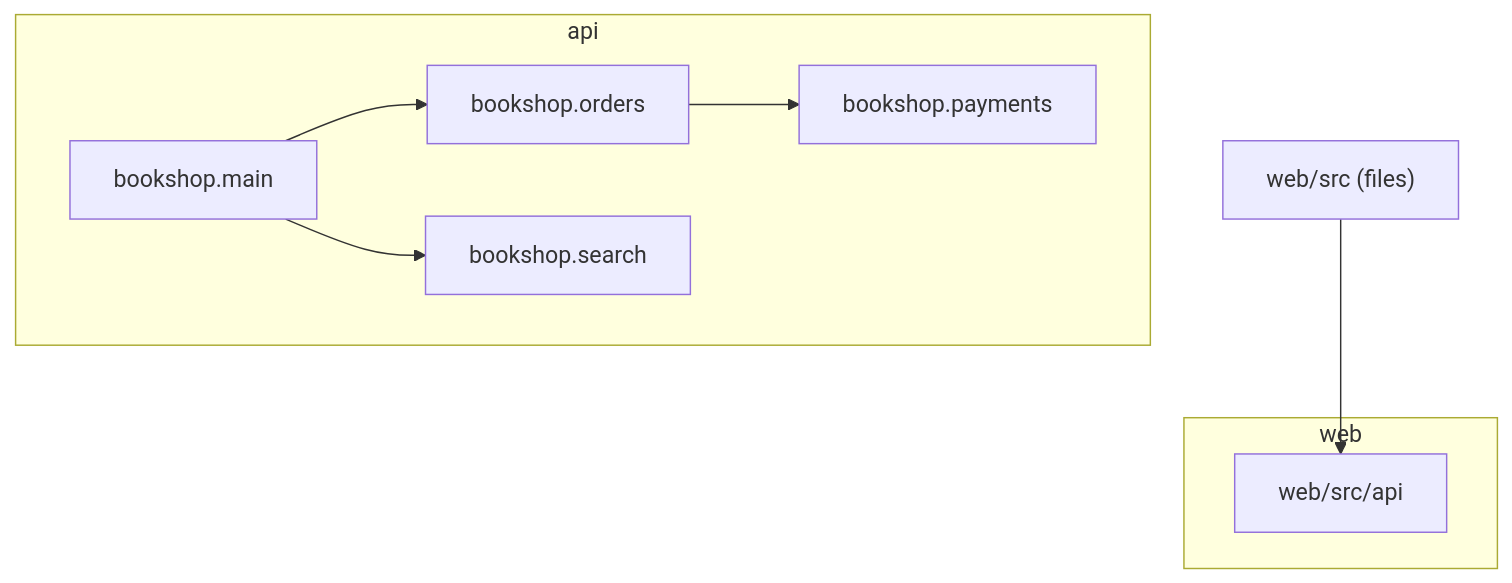
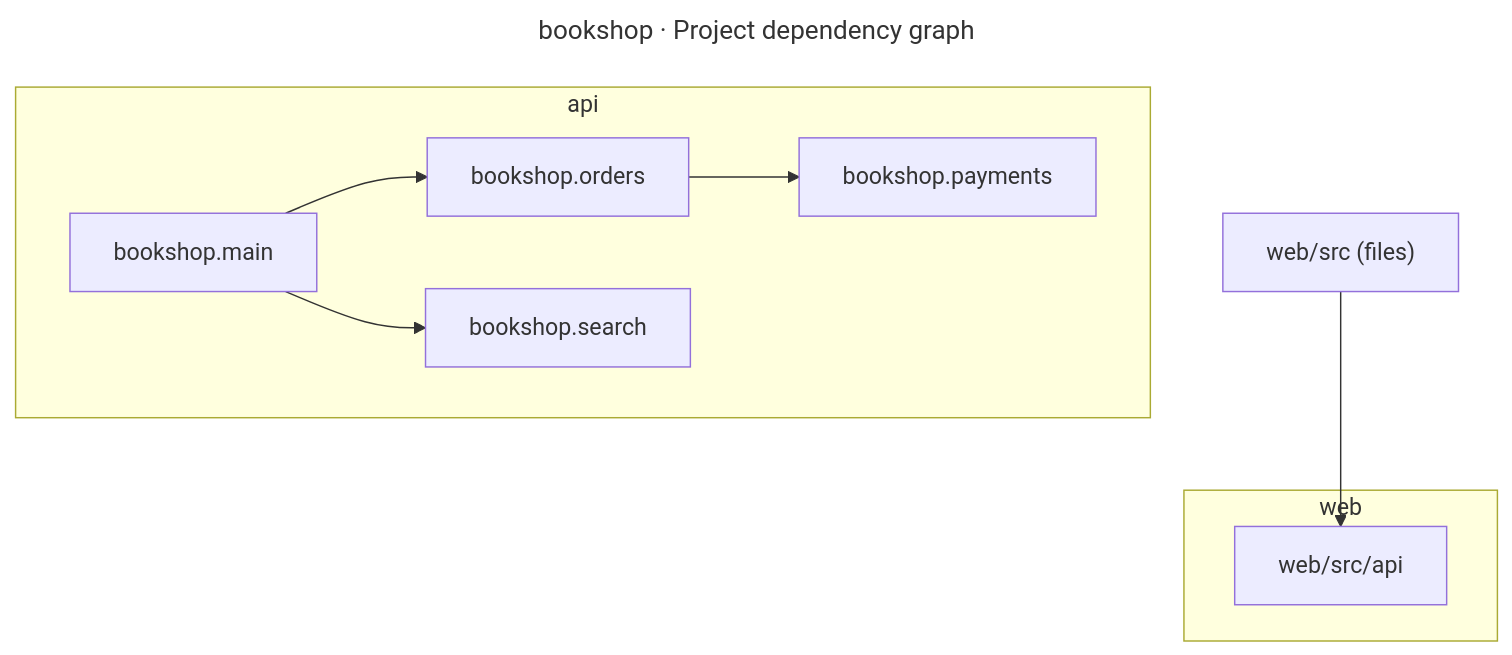
One commit to ythalorossy/architecture-skills changed the eighth of 8 diagrams in examples/bookshop/ArchitectureReport.md. Above: the diagram before and after it, drawn with Mermaid. The commit also changed other lines of this file and 34 other files, not shown here.

First line of the commit message:
feat(report): strengths from the model, split folders, titled dependency graph

````diff
--- a/examples/bookshop/ArchitectureReport.md
+++ b/examples/bookshop/ArchitectureReport.md
@@ -418,17 +426,20 @@
 ```mermaid
+---
+title: "bookshop · Project dependency graph"
+---
 graph TD
     web_src__files["web/src (files)"]
     subgraph group_api["api"]
         bookshop_main["bookshop.main"]
         bookshop_orders["bookshop.orders"]
         bookshop_payments["bookshop.payments"]
         bookshop_search["bookshop.search"]
     end
     subgraph group_web["web"]
         web_src_api["web/src/api"]
     end
     bookshop_main --> bookshop_orders
     bookshop_main --> bookshop_search
     bookshop_orders --> bookshop_payments
     web_src__files --> web_src_api
 ```
````
